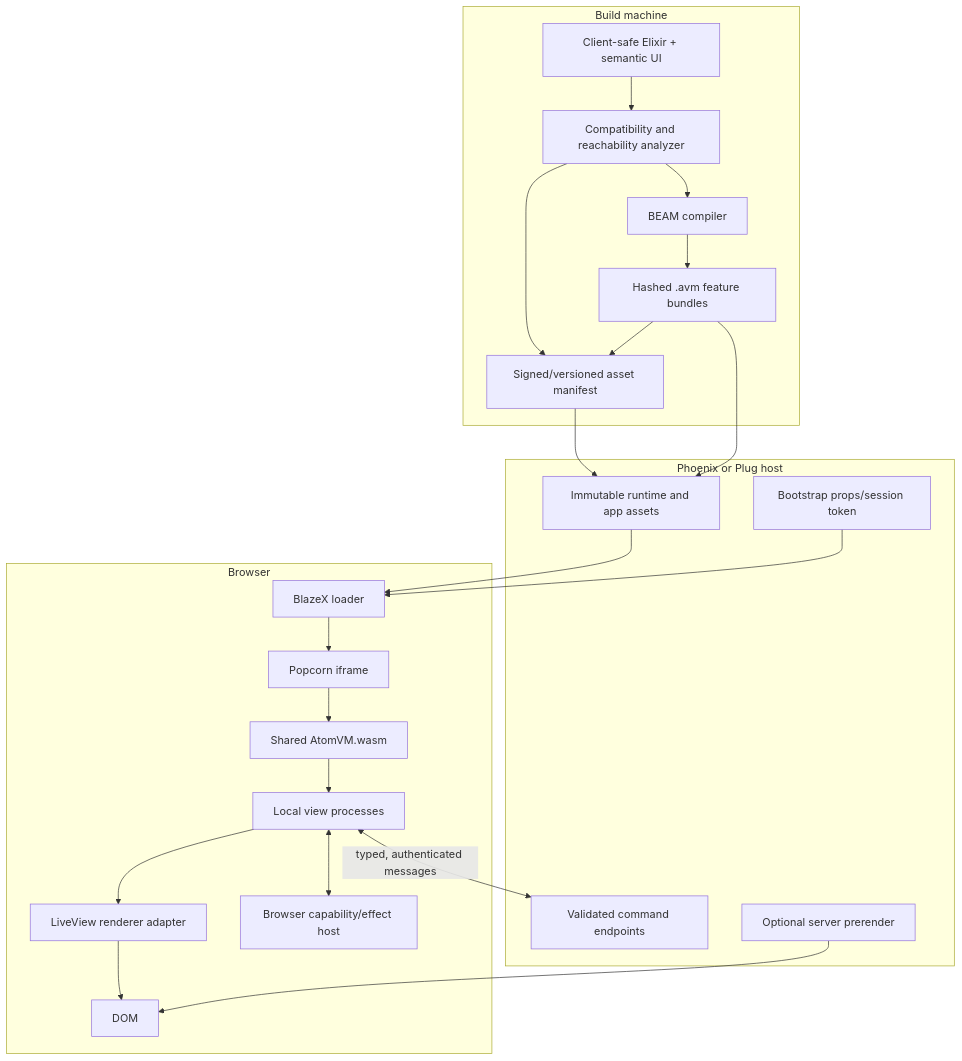
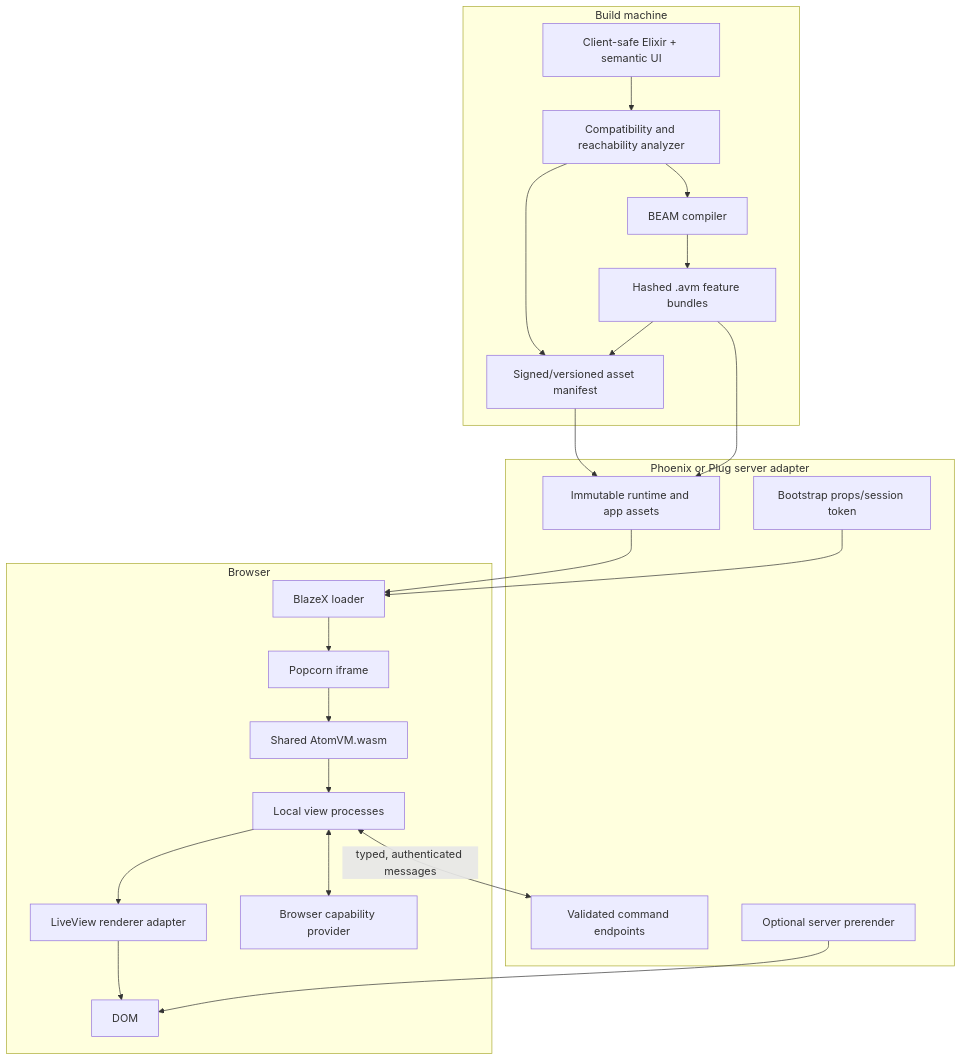
The seventh of 9 diagrams in docs/research/20-notes/elixir-webassembly-component-framework-for-phoenix-and-plug.md (pcharbon70/blazex), drawn with Mermaid before and after one commit. The commit also changed other lines of this file and 11 other files, not shown here.

````diff
--- a/docs/research/20-notes/elixir-webassembly-component-framework-for-phoenix-and-plug.md
+++ b/docs/research/20-notes/elixir-webassembly-component-framework-for-phoenix-and-plug.md
@@ -994,39 +994,39 @@
 ```mermaid
 flowchart TB
     subgraph Build[Build machine]
       Src[Client-safe Elixir + semantic UI]
       Analyzer[Compatibility and reachability analyzer]
       Beam[BEAM compiler]
       Bundle[Hashed .avm feature bundles]
       Manifest[Signed/versioned asset manifest]
       Src --> Analyzer --> Beam --> Bundle
       Analyzer --> Manifest
       Bundle --> Manifest
     end
 
-    subgraph Host[Phoenix or Plug host]
+    subgraph ServerAdapter[Phoenix or Plug server adapter]
       Static[Immutable runtime and app assets]
       Boot[Bootstrap props/session token]
       Command[Validated command endpoints]
       SSR[Optional server prerender]
     end
 
     subgraph Browser[Browser]
       Loader[BlazeX loader]
       Frame[Popcorn iframe]
       VM[Shared AtomVM.wasm]
       Views[Local view processes]
       Renderer[LiveView renderer adapter]
-      Effects[Browser capability/effect host]
+      Effects[Browser capability provider]
       DOM[DOM]
       Loader --> Frame --> VM --> Views --> Renderer --> DOM
       Views <--> Effects
     end
 
     Manifest --> Static
     Bundle --> Static
     Static --> Loader
     Boot --> Loader
     SSR --> DOM
     Views <-->|typed, authenticated messages| Command
 ```
````
